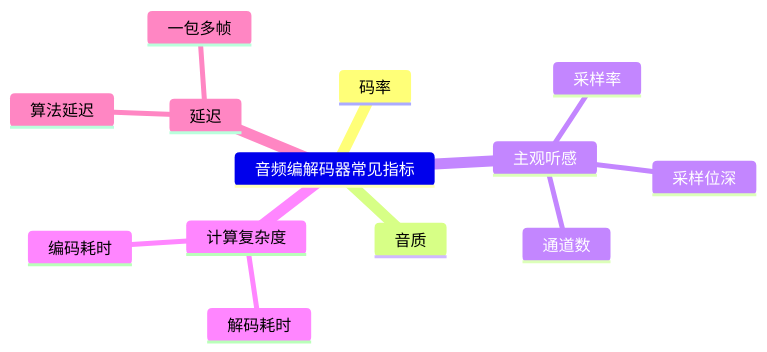
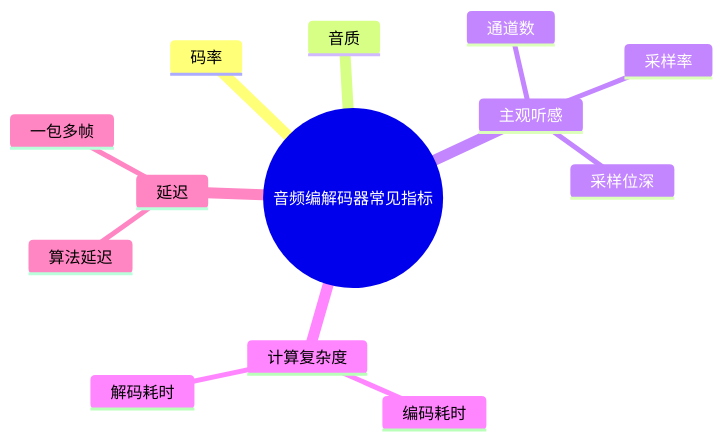
The diagram in doc/音视频开发/音频技术.md (0xcaffebabe/note), drawn with Mermaid before and after one commit. The commit also changed 12 other files, not shown here.

First line of the commit message:
docs(mindmap): 统一思维导图根节点格式

````diff
--- a/doc/音视频开发/音频技术.md
+++ b/doc/音视频开发/音频技术.md
@@ -169,16 +169,16 @@
 ```mermaid
 mindmap
-  音频编解码器常见指标
+  root((音频编解码器常见指标))
     码率
     音质
     主观听感
       采样率
       采样位深
       通道数
     计算复杂度
       编码耗时
       解码耗时
     延迟
       算法延迟
       一包多帧
 ```
````
